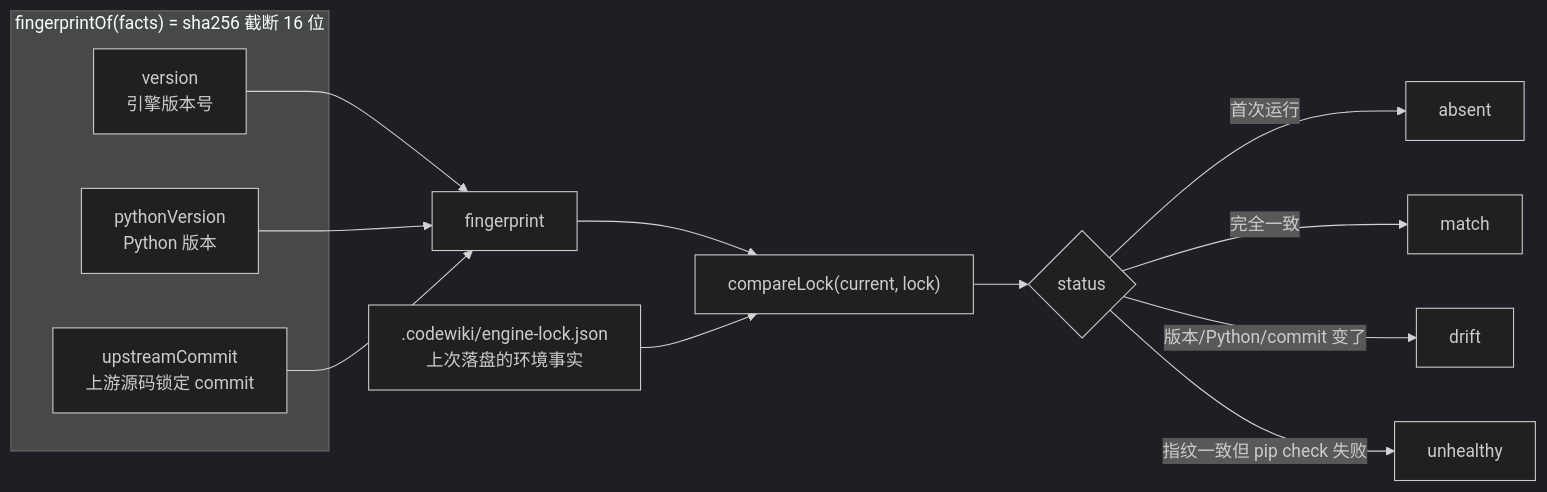
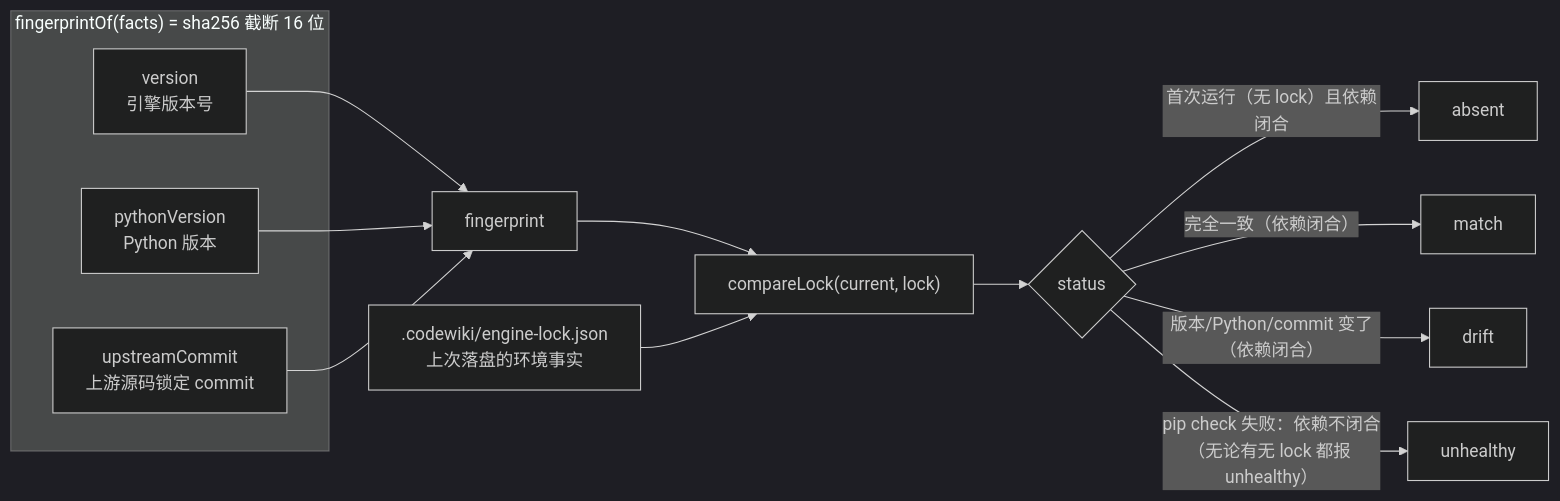
One commit to ikliml666/dsh-codewiki changed the third of 5 diagrams in .codewiki/_native-state/docs/engine_orchestration.md. Above: the diagram before and after it, drawn with Mermaid (dark theme). The commit also changed other lines of this file and 28 other files, not shown here.

````diff
--- a/.codewiki/_native-state/docs/engine_orchestration.md
+++ b/.codewiki/_native-state/docs/engine_orchestration.md
@@ -125,16 +126,16 @@
 ```mermaid
 flowchart LR
     subgraph 指纹输入["fingerprintOf(facts) = sha256 截断 16 位"]
         V["version<br/>引擎版本号"]
         P["pythonVersion<br/>Python 版本"]
         U["upstreamCommit<br/>上游源码锁定 commit"]
     end
     V & P & U --> FP["fingerprint"]
     FP --> CMP["compareLock(current, lock)"]
     LOCK[".codewiki/engine-lock.json<br/>上次落盘的环境事实"] --> CMP
     CMP --> R{"status"}
-    R -->|"首次运行"| A["absent"]
-    R -->|"完全一致"| M["match"]
-    R -->|"版本/Python/commit 变了"| D["drift"]
-    R -->|"指纹一致但 pip check 失败"| H["unhealthy"]
+    R -->|"首次运行（无 lock）且依赖闭合"| A["absent"]
+    R -->|"完全一致（依赖闭合）"| M["match"]
+    R -->|"版本/Python/commit 变了（依赖闭合）"| D["drift"]
+    R -->|"pip check 失败：依赖不闭合<br/>（无论有无 lock 都报 unhealthy）"| H["unhealthy"]
 ```
````
